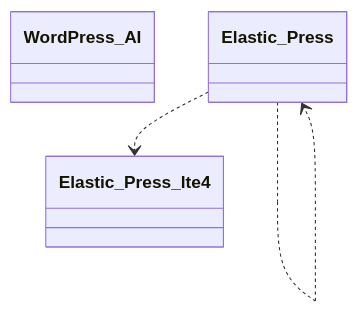
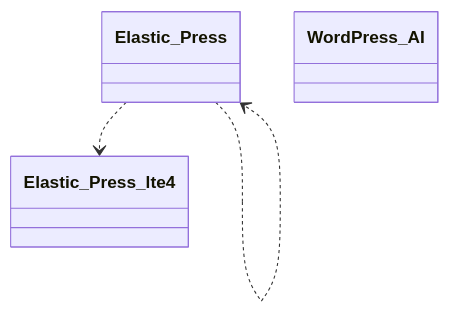
The diagram in docs/diagrams/tainacan-namespace-Tainacan-Integrations.mmd (tainacan/tainacan), drawn with Mermaid before and after one commit. The commit also changed other lines of this file and 69 other files, not shown here.

```diff
--- a/docs/diagrams/tainacan-namespace-Tainacan-Integrations.mmd
+++ b/docs/diagrams/tainacan-namespace-Tainacan-Integrations.mmd
@@ -1,7 +1,7 @@
 classDiagram
     direction TB
+    class Elastic_Press { }
     class Elastic_Press_lte4 { }
     class WordPress_AI { }
-    class Elastic_Press { }
     Elastic_Press ..> Elastic_Press
     Elastic_Press ..> Elastic_Press_lte4
```
